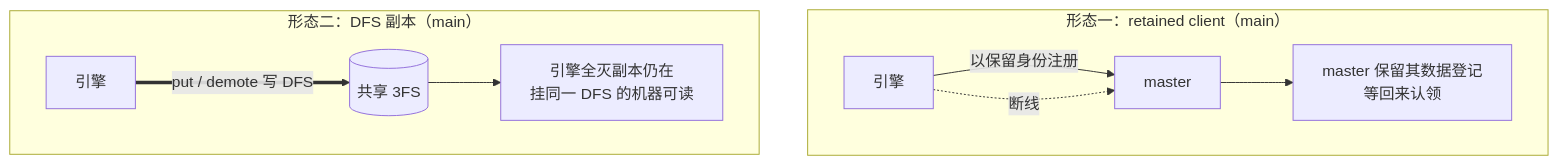
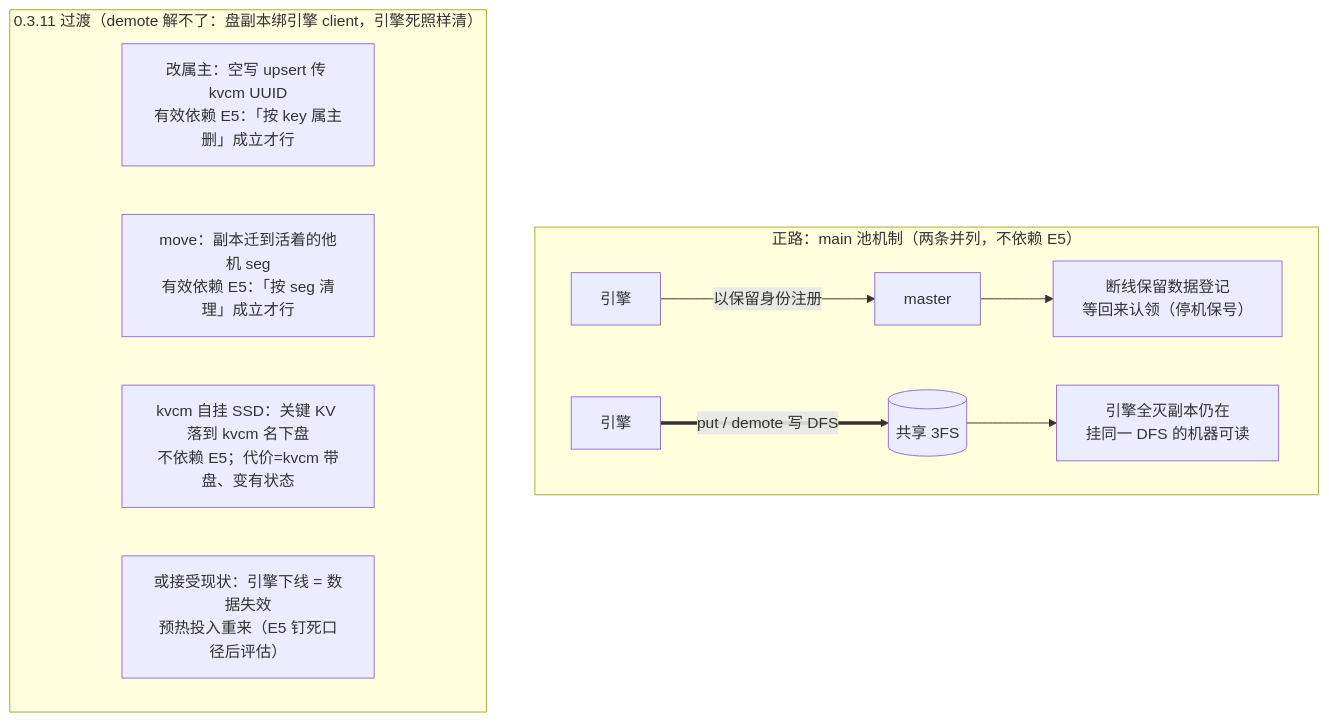
One commit to 5x8-40/lake changed the eighth of 10 diagrams in kvcm/D2-kv-operations.md. Above: the diagram before and after it, drawn with Mermaid. The commit also changed other lines of this file, not shown here.

First line of the commit message:
docs(kvcm): 操作图解全方案覆盖——每操作画齐所有候选与排除项

````diff
--- a/kvcm/D2-kv-operations.md
+++ b/kvcm/D2-kv-operations.md
@@ -368,12 +398,15 @@
 ```mermaid
 flowchart TB
-    subgraph S1["形态一：retained client（main）"]
+    subgraph MAIN["正路：main 池机制（两条并列，不依赖 E5）"]
         E1["引擎"] -->|"以保留身份注册"| M1["master"]
-        E1 -.->|"断线"| M1
-        M1 --> R1["master 保留其数据登记<br/>等回来认领"]
-    end
-    subgraph S2["形态二：DFS 副本（main）"]
+        M1 --> R1["断线保留数据登记<br/>等回来认领（停机保号）"]
         E2["引擎"] ==>|"put / demote 写 DFS"| DFS[("共享 3FS")]
         DFS --> R2["引擎全灭副本仍在<br/>挂同一 DFS 的机器可读"]
     end
+    subgraph OLD["0.3.11 过渡（demote 解不了：盘副本绑引擎 client，引擎死照样清）"]
+        T1["改属主：空写 upsert 传 kvcm UUID<br/>有效依赖 E5：「按 key 属主删」成立才行"]
+        T2["move：副本迁到活着的他机 seg<br/>有效依赖 E5：「按 seg 清理」成立才行"]
+        T3["kvcm 自挂 SSD：关键 KV 落到 kvcm 名下盘<br/>不依赖 E5；代价=kvcm 带盘、变有状态"]
+        T4["或接受现状：引擎下线 = 数据失效<br/>预热投入重来（E5 钉死口径后评估）"]
+    end
 ```
````
